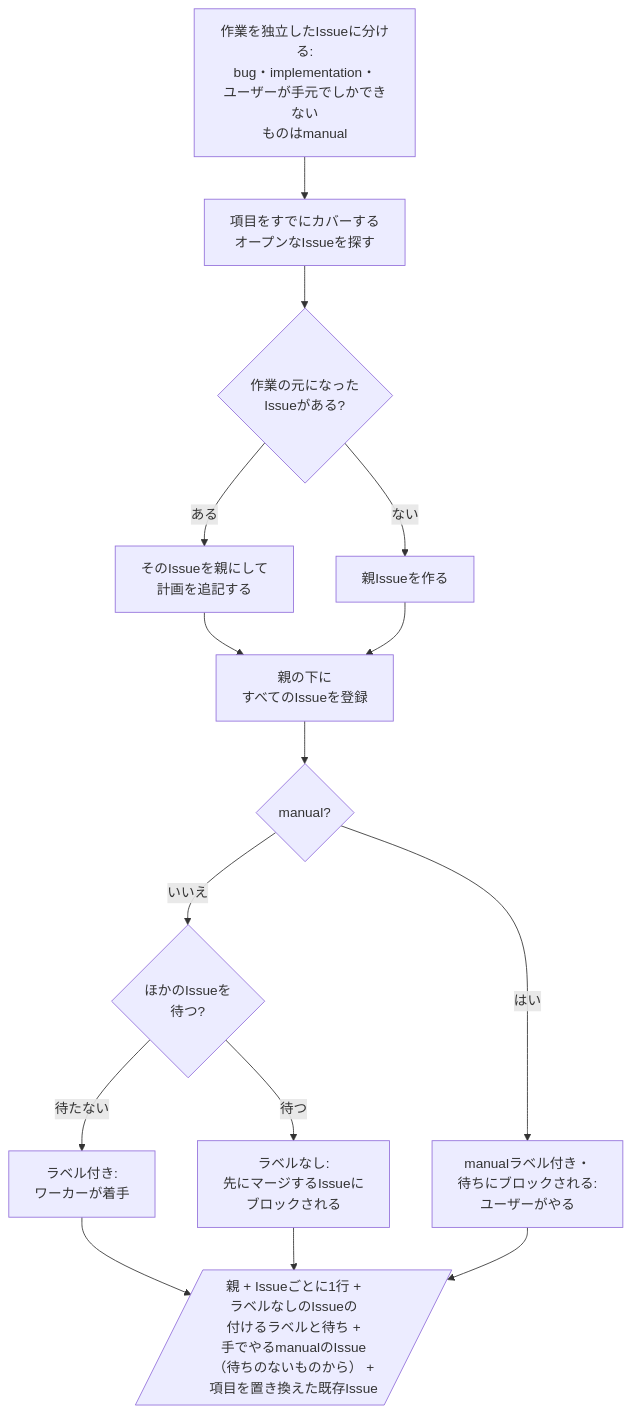
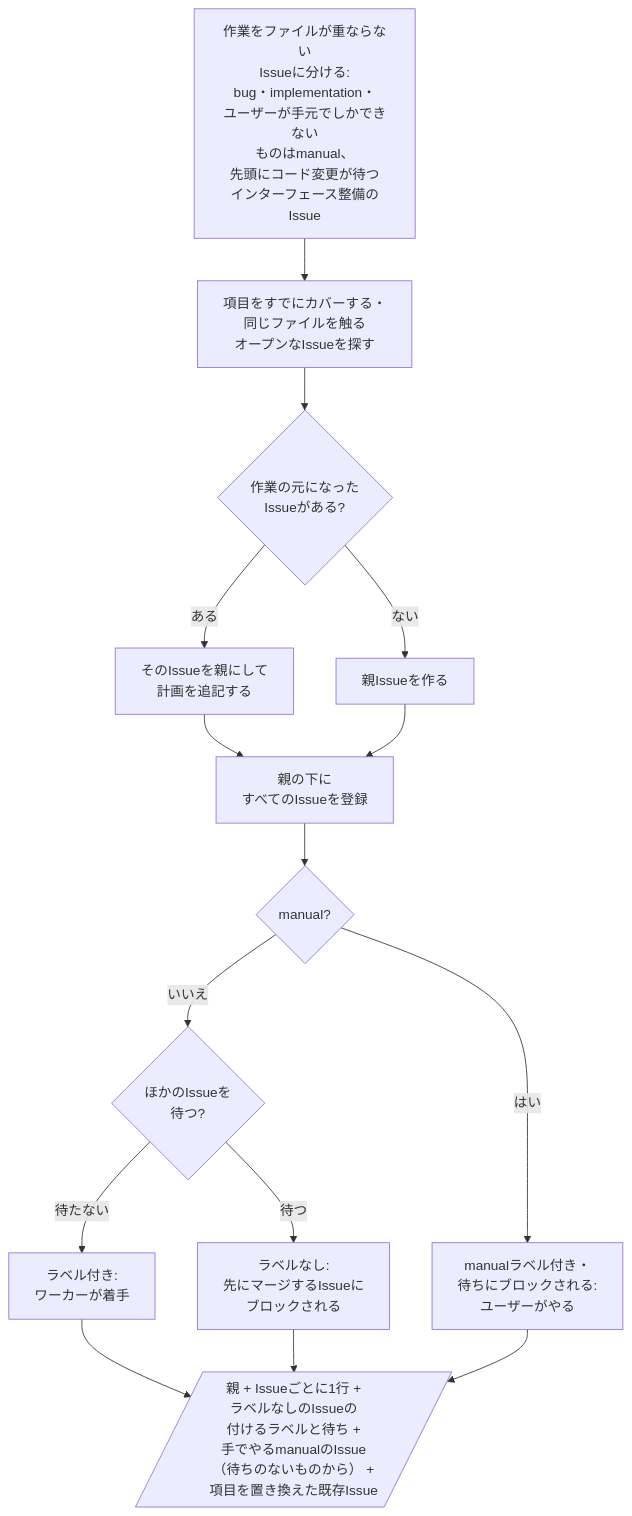
One commit to omni-stove/skill-kit changed the diagram in shared/skills/delegate/README.ja.md. Above: the diagram before and after it, drawn with Mermaid. The commit also changed 4 other files, not shown here.

````diff
--- a/shared/skills/delegate/README.ja.md
+++ b/shared/skills/delegate/README.ja.md
@@ -3,18 +3,18 @@
 ```mermaid
 flowchart TD
-  split["作業を独立したIssueに分ける:<br/>bug・implementation・<br/>ユーザーが手元でしかできない<br/>ものはmanual"]
-  split --> similar[項目をすでにカバーする<br/>オープンなIssueを探す]
+  split["作業をファイルが重ならない<br/>Issueに分ける:<br/>bug・implementation・<br/>ユーザーが手元でしかできない<br/>ものはmanual、<br/>先頭にコード変更が待つ<br/>インターフェース整備のIssue"]
+  split --> similar[項目をすでにカバーする・<br/>同じファイルを触る<br/>オープンなIssueを探す]
   similar --> origin{作業の元になった<br/>Issueがある?}
   origin -- "ある" --> comment[そのIssueを親にして<br/>計画を追記する]
   origin -- "ない" --> parent[親Issueを作る]
   comment --> create[親の下に<br/>すべてのIssueを登録]
   create --> kind{manual?}
   kind -- "はい" --> manual[manualラベル付き・<br/>待ちにブロックされる:<br/>ユーザーがやる]
   kind -- "いいえ" --> wait{ほかのIssueを<br/>待つ?}
   wait -- "待たない" --> now[ラベル付き:<br/>ワーカーが着手]
   wait -- "待つ" --> later[ラベルなし:<br/>先にマージするIssueに<br/>ブロックされる]
   parent --> create
   now --> report[/"親 + Issueごとに1行 +<br/>ラベルなしのIssueの<br/>付けるラベルと待ち +<br/>手でやるmanualのIssue<br/>（待ちのないものから） +<br/>項目を置き換えた既存Issue"/]
   later --> report
   manual --> report
 ```
````
